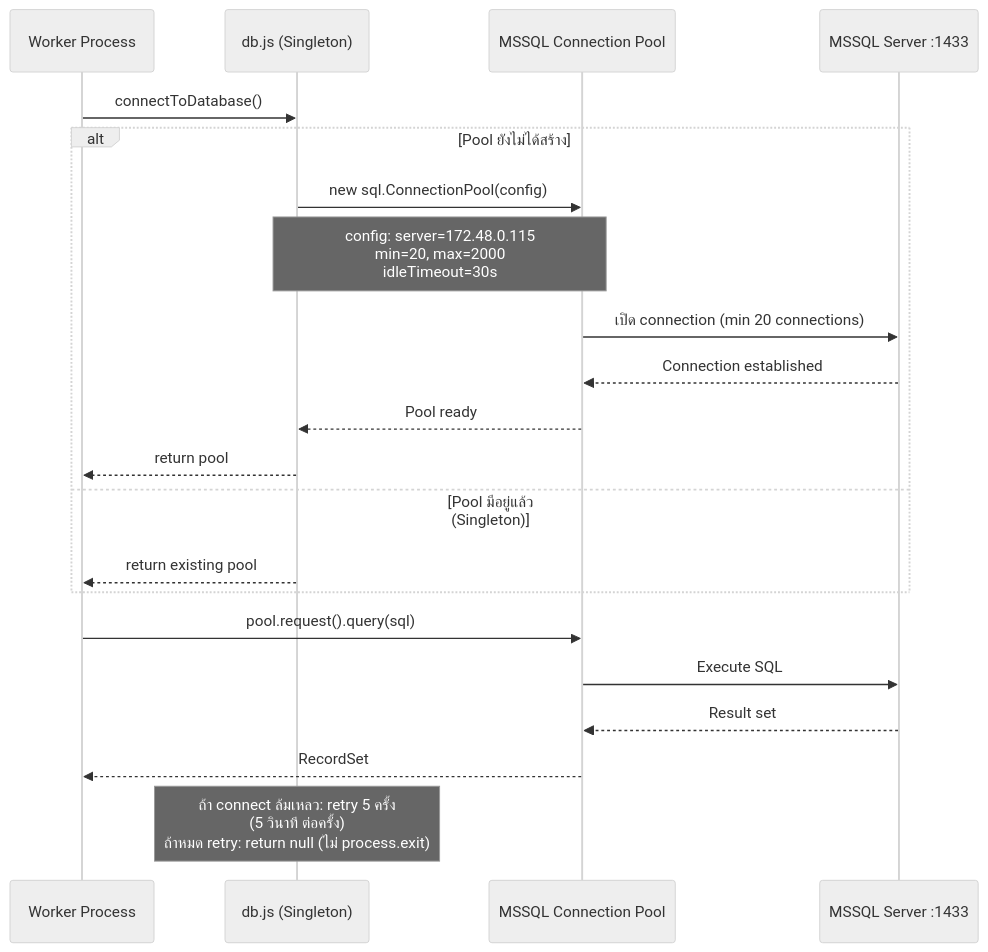
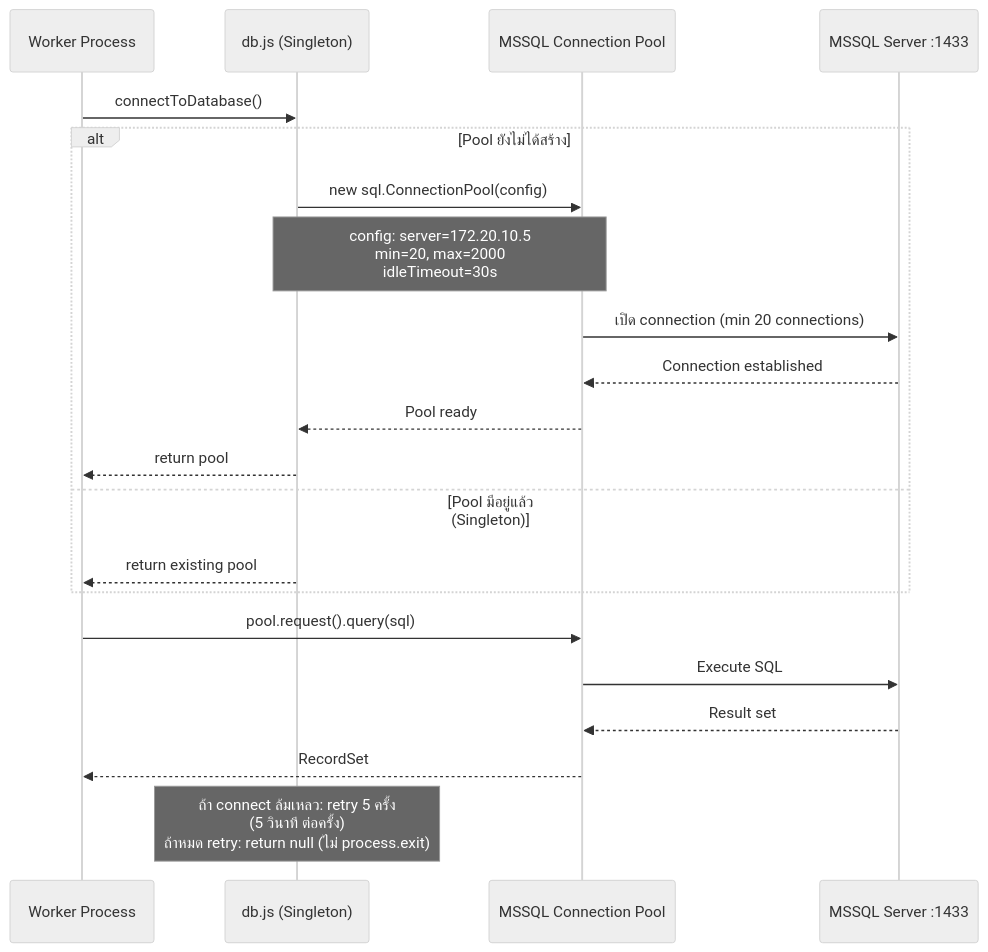
One commit to TUAPUAN-CODE/DelayHUB changed the eighth of 18 diagrams in flow.md. Above: the diagram before and after it, drawn with Mermaid (neutral theme). The commit also changed other lines of this file and 37 other files, not shown here.

````diff
--- a/flow.md
+++ b/flow.md
@@ -343,26 +343,26 @@
 ```mermaid
 sequenceDiagram
     participant APP as Worker Process
     participant DBJ as db.js (Singleton)
     participant POOL as MSSQL Connection Pool
     participant DB as MSSQL Server :1433
 
     APP->>DBJ: connectToDatabase()
     alt Pool ยังไม่ได้สร้าง
         DBJ->>POOL: new sql.ConnectionPool(config)
-        Note over DBJ,POOL: config: server=172.48.0.115<br/>min=20, max=2000<br/>idleTimeout=30s
+        Note over DBJ,POOL: config: server=172.20.10.5<br/>min=20, max=2000<br/>idleTimeout=30s
         POOL->>DB: เปิด connection (min 20 connections)
         DB-->>POOL: Connection established
         POOL-->>DBJ: Pool ready
         DBJ-->>APP: return pool
     else Pool มีอยู่แล้ว (Singleton)
         DBJ-->>APP: return existing pool
     end
 
     APP->>POOL: pool.request().query(sql)
     POOL->>DB: Execute SQL
     DB-->>POOL: Result set
     POOL-->>APP: RecordSet
 
     Note over DBJ: ถ้า connect ล้มเหลว: retry 5 ครั้ง<br/>(5 วินาที ต่อครั้ง)<br/>ถ้าหมด retry: return null (ไม่ process.exit)
 ```
````
